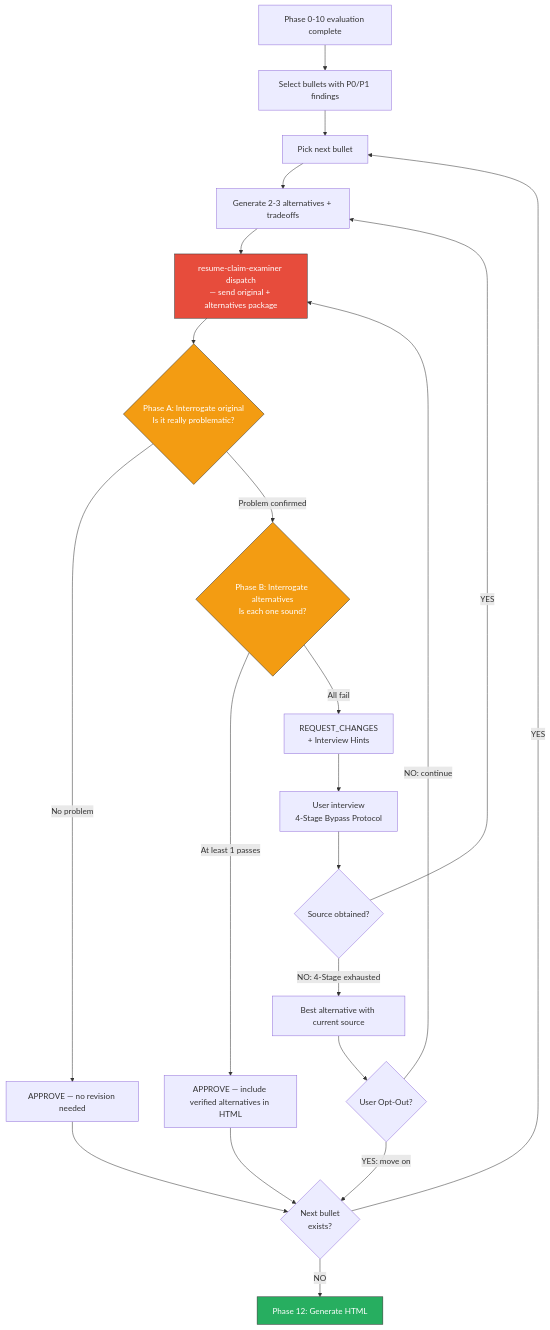
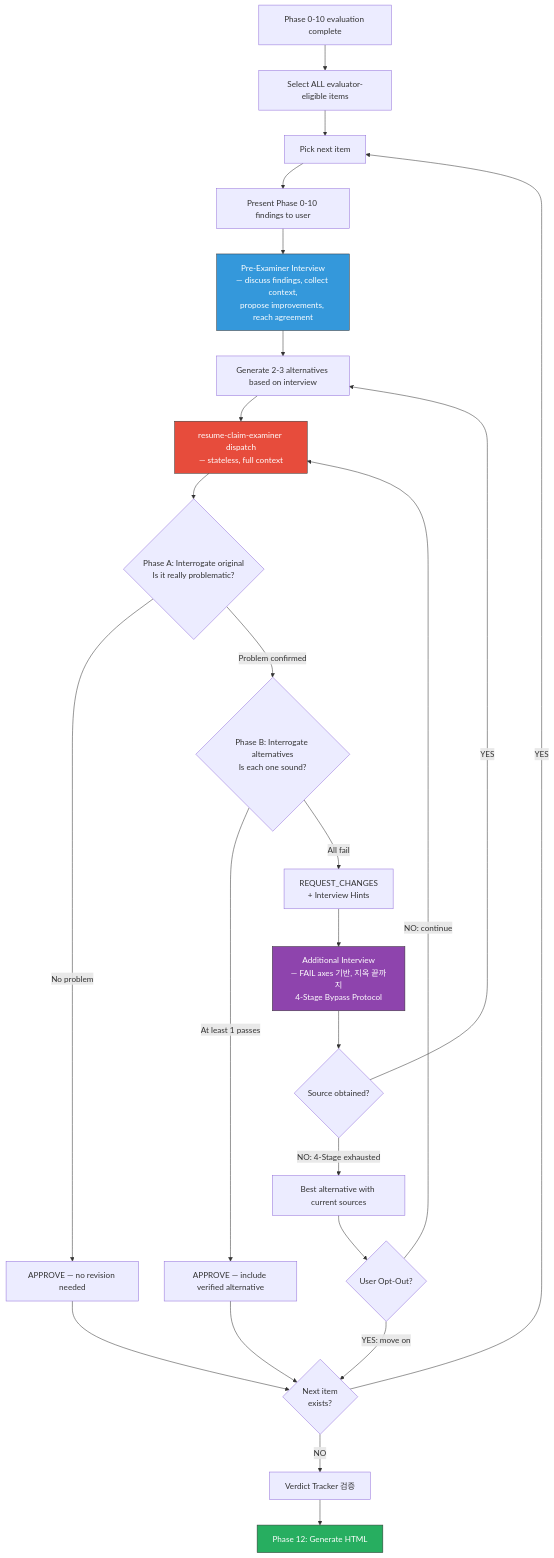
The third of 3 diagrams in skills/review-resume/SKILL.md (toongri/oh-my-toong-playground), drawn with Mermaid before and after one commit. The commit also changed other lines of this file and 3 other files, not shown here.

````diff
--- a/skills/review-resume/SKILL.md
+++ b/skills/review-resume/SKILL.md
@@ -463,34 +473,37 @@
 ```mermaid
 flowchart TB
-    START[Phase 0-10 evaluation complete] --> SELECT[Select bullets with P0/P1 findings]
-    SELECT --> PICK[Pick next bullet]
+    START[Phase 0-10 evaluation complete] --> SELECT[Select ALL evaluator-eligible items]
+    SELECT --> PICK[Pick next item]
 
-    PICK --> ALT[Generate 2-3 alternatives + tradeoffs]
-    ALT --> DISPATCH[resume-claim-examiner dispatch\n— send original + alternatives package]
+    PICK --> PRESENT[Present Phase 0-10 findings to user]
+    PRESENT --> INTERVIEW_PRE[Pre-Examiner Interview\n— discuss findings, collect context,\npropose improvements, reach agreement]
+    INTERVIEW_PRE --> ALT[Generate 2-3 alternatives based on interview]
+    ALT --> DISPATCH[resume-claim-examiner dispatch\n— stateless, full context]
 
     DISPATCH --> DIAG{Phase A: Interrogate original\nIs it really problematic?}
     DIAG -->|No problem| APPROVE_ORIG[APPROVE — no revision needed]
     DIAG -->|Problem confirmed| ALTEVAL{Phase B: Interrogate alternatives\nIs each one sound?}
 
-    ALTEVAL -->|At least 1 passes| APPROVE_ALT[APPROVE — include verified alternatives in HTML]
+    ALTEVAL -->|At least 1 passes| APPROVE_ALT[APPROVE — include verified alternative]
     ALTEVAL -->|All fail| CHANGES[REQUEST_CHANGES\n+ Interview Hints]
 
-    CHANGES --> INTERVIEW[User interview\n4-Stage Bypass Protocol]
-    INTERVIEW --> SOURCE{Source obtained?}
+    CHANGES --> INTERVIEW_POST[Additional Interview\n— FAIL axes 기반, 지옥 끝까지\n4-Stage Bypass Protocol]
+    INTERVIEW_POST --> SOURCE{Source obtained?}
     SOURCE -->|YES| ALT
-    SOURCE -->|NO: 4-Stage exhausted| BEST[Best alternative with current source]
+    SOURCE -->|NO: 4-Stage exhausted| BEST[Best alternative with current sources]
     BEST --> OPTOUT{User Opt-Out?}
     OPTOUT -->|YES: move on| NEXT
     OPTOUT -->|NO: continue| DISPATCH
 
-    APPROVE_ORIG --> NEXT{Next bullet\nexists?}
+    APPROVE_ORIG --> NEXT{Next item\nexists?}
     APPROVE_ALT --> NEXT
 
     NEXT -->|YES| PICK
-    NEXT -->|NO| DONE[Phase 12: Generate HTML]
+    NEXT -->|NO| VERDICT_CHECK[Verdict Tracker 검증]
+    VERDICT_CHECK --> DONE[Phase 12: Generate HTML]
 
     style DISPATCH fill:#e74c3c,stroke:#333,color:#fff
-    style DIAG fill:#f39c12,stroke:#333,color:#fff
-    style ALTEVAL fill:#f39c12,stroke:#333,color:#fff
+    style INTERVIEW_PRE fill:#3498db,stroke:#333,color:#fff
+    style INTERVIEW_POST fill:#8e44ad,stroke:#333,color:#fff
     style DONE fill:#27ae60,stroke:#333,color:#fff
 ```
````
